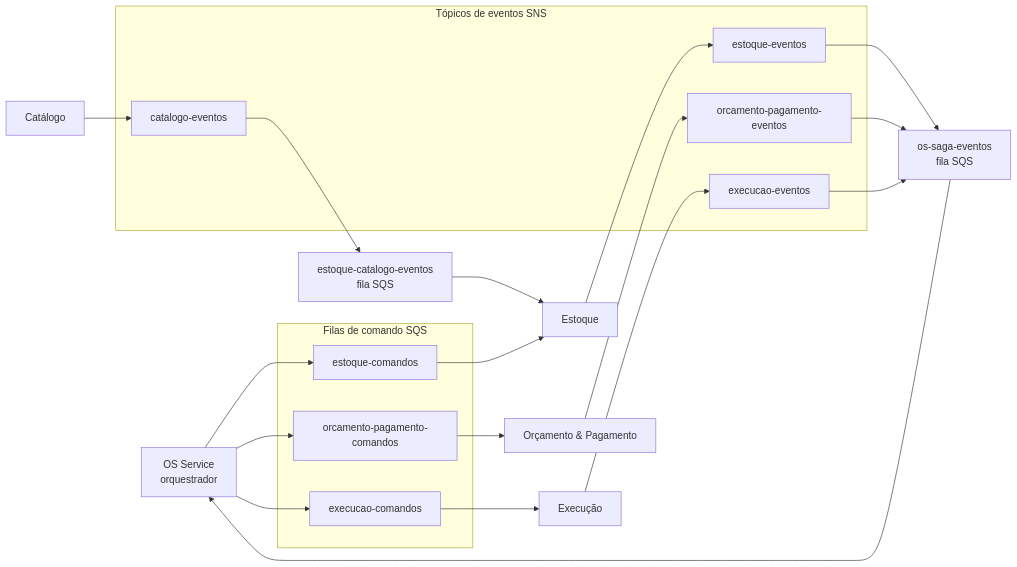
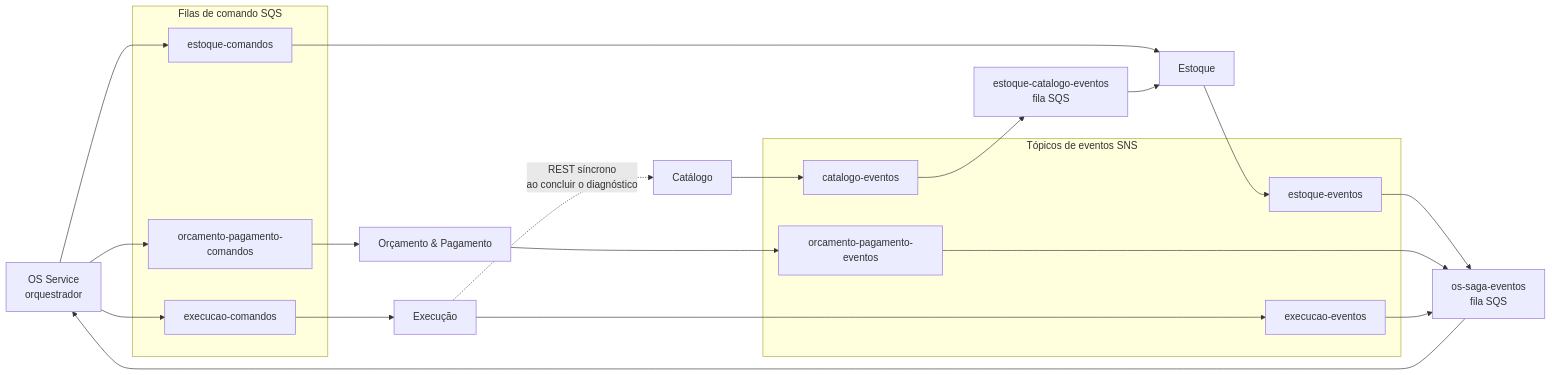
The diagram in docs/rfcs/0007-mensageria-sqs-sns.md (phantosmia/oficina-mecanica-fiap), drawn with Mermaid before and after one commit. The commit also changed other lines of this file, not shown here.

Commit message:
RFC-0007: mostra no diagrama a consulta REST da Execução ao Catálogo

````diff
--- a/docs/rfcs/0007-mensageria-sqs-sns.md
+++ b/docs/rfcs/0007-mensageria-sqs-sns.md
@@ -31,27 +31,28 @@
 ```mermaid
 flowchart LR
     OS[OS Service<br/>orquestrador]
 
     subgraph Comandos [Filas de comando SQS]
         QE[estoque-comandos]
         QO[orcamento-pagamento-comandos]
         QX[execucao-comandos]
     end
 
     subgraph Eventos [Tópicos de eventos SNS]
         TC[catalogo-eventos]
         TE[estoque-eventos]
         TO[orcamento-pagamento-eventos]
         TX[execucao-eventos]
     end
 
     QS[os-saga-eventos<br/>fila SQS]
     QEC[estoque-catalogo-eventos<br/>fila SQS]
 
     OS --> QE & QO & QX
     QE --> Estoque --> TE
     QO --> Orcamento[Orçamento & Pagamento] --> TO
     QX --> Execucao[Execução] --> TX
     TE & TO & TX --> QS --> OS
     Catalogo[Catálogo] --> TC --> QEC --> Estoque
+    Execucao -. REST síncrono<br/>ao concluir o diagnóstico .-> Catalogo
 ```
````
